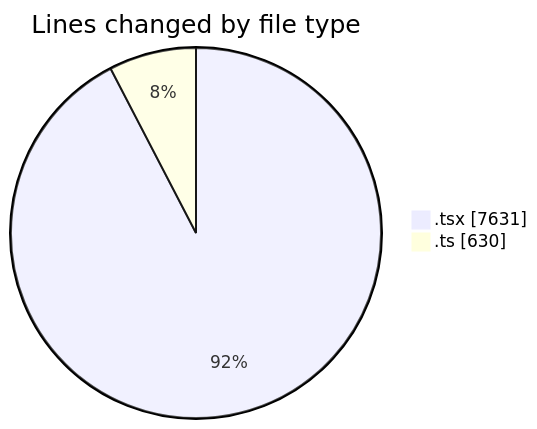
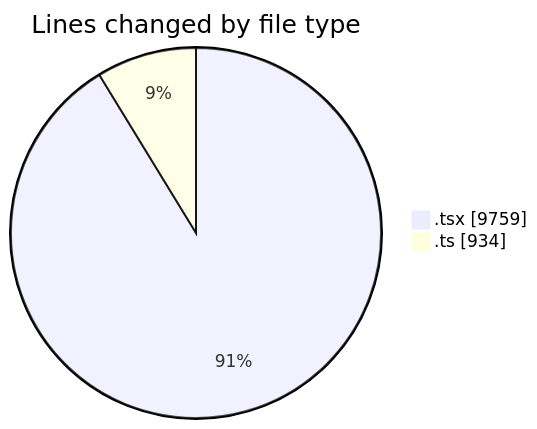
The first of 2 diagrams in 2026-08-24/nxtqube_webapp/README.md (nxtqubesakshisongat/code-tracking), drawn with Mermaid before and after one commit. The commit also changed other lines of this file and 1 other file, not shown here.

````diff
--- a/2026-08-24/nxtqube_webapp/README.md
+++ b/2026-08-24/nxtqube_webapp/README.md
@@ -34,6 +45,6 @@
 ```mermaid
 pie showData
 title Lines changed by file type
-".tsx" : 7631
-".ts" : 630
+".tsx" : 9759
+".ts" : 934
 ```
````
